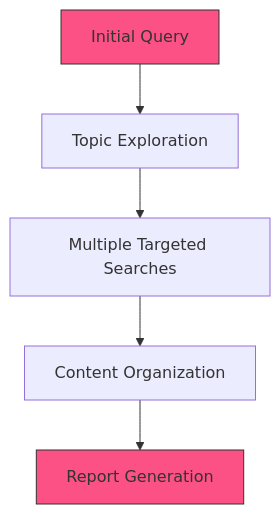
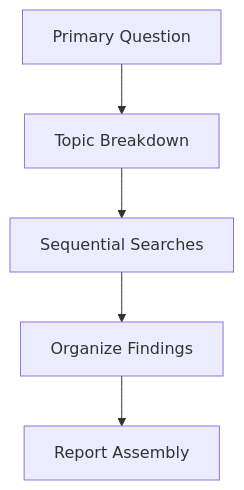
Before and after one commit to mixpeek/docs: the diagram in retrieval/research.mdx, drawn with Mermaid. The commit also changed other lines of this file and 24 other files, not shown here.

````diff
--- a/retrieval/research.mdx
+++ b/retrieval/research.mdx
@@ -17,10 +33,7 @@
   ```mermaid
   graph TD
-    A[Initial Query] --> B[Topic Exploration]
-    B --> C[Multiple Targeted Searches]
-    C --> D[Content Organization]
-    D --> E[Report Generation]
-    
-    style A fill:#FC5185,stroke:#333
-    style E fill:#FC5185,stroke:#333
+    Q[Primary Question] --> T[Topic Breakdown]
+    T --> S[Sequential Searches]
+    S --> O[Organize Findings]
+    O --> R[Report Assembly]
   ```
````
